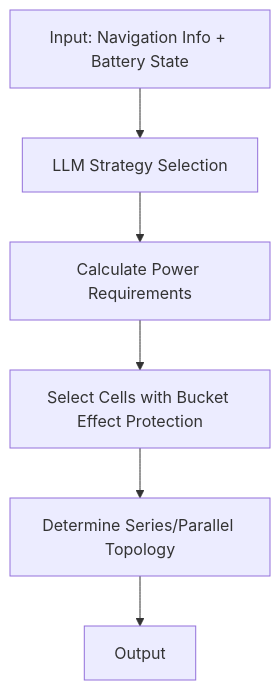
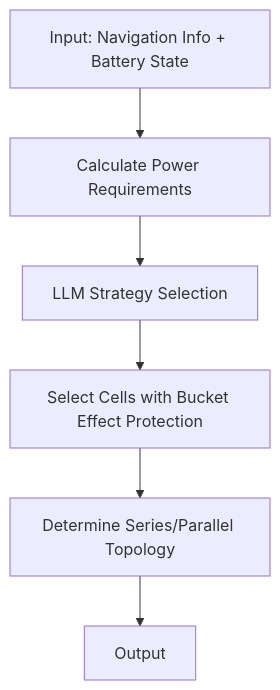
The diagram in drbp-balanced-discharge/SKILL.md (SixA1024-stu/skills), drawn with Mermaid before and after one commit. The commit also changed other lines of this file, not shown here.

````diff
--- a/drbp-balanced-discharge/SKILL.md
+++ b/drbp-balanced-discharge/SKILL.md
@@ -22,8 +22,8 @@
 ```mermaid
 graph TD
-    A[Input: Navigation Info + Battery State] --> B[LLM Strategy Selection]
-    B --> C[Calculate Power Requirements]
+    A[Input: Navigation Info + Battery State] --> B[Calculate Power Requirements]
+    B --> C[LLM Strategy Selection]
     C --> D[Select Cells with Bucket Effect Protection]
     D --> E[Determine Series/Parallel Topology]
     E --> F[Output] 
 ```
````
